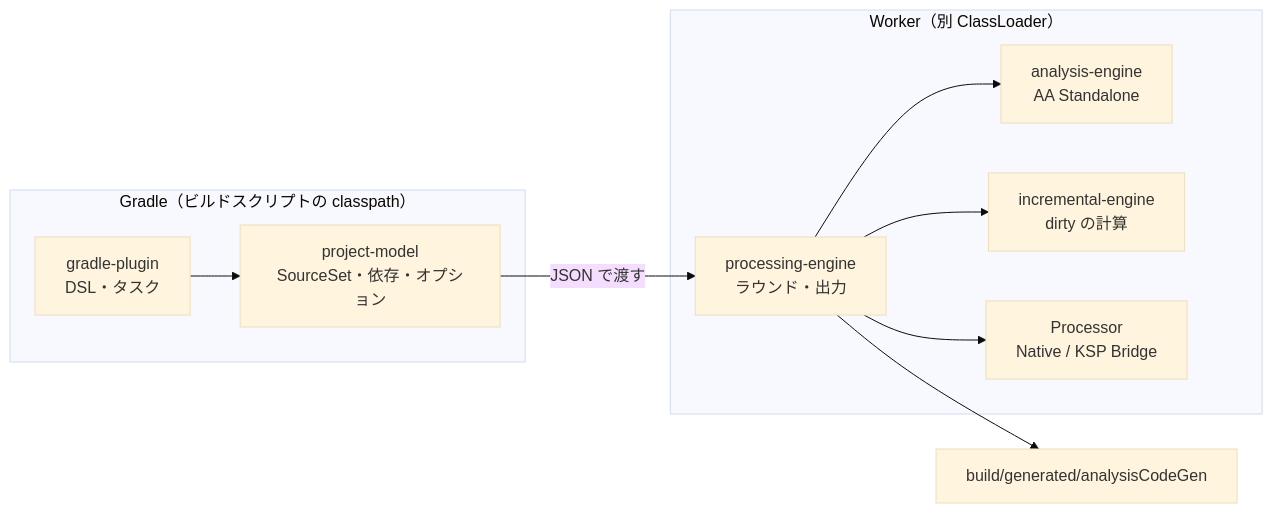
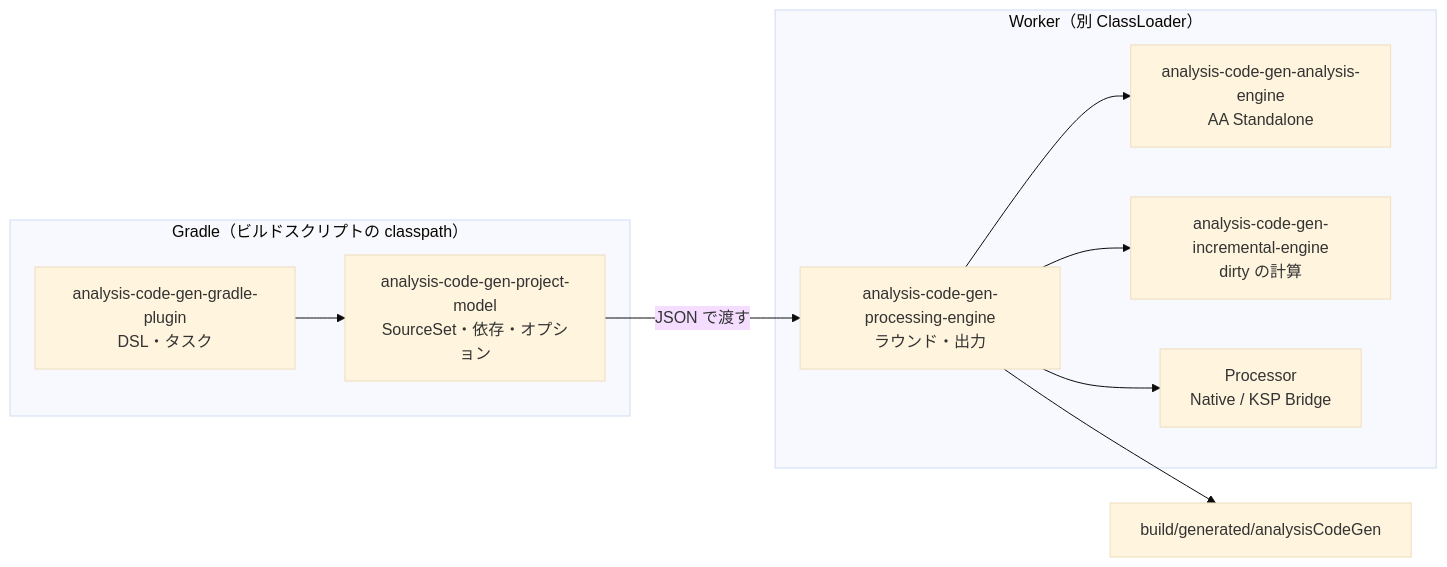
The diagram in docs/site/src/content/docs/internal/index.mdx (TBSten/analysis-code-gen), drawn with Mermaid (base theme) before and after one commit. The commit also changed other lines of this file and 169 other files, not shown here.

First line of the commit message:
chore: プロダクトモジュールを analysis-code-gen-xxx・group me.tbsten.analysis.code.gen に改名 [ACG-51]

````diff
--- a/docs/site/src/content/docs/internal/index.mdx
+++ b/docs/site/src/content/docs/internal/index.mdx
@@ -17,13 +17,13 @@
 ```mermaid
 flowchart LR
     subgraph G["Gradle（ビルドスクリプトの classpath）"]
-        GP["gradle-plugin<br/>DSL・タスク"] --> PM["project-model<br/>SourceSet・依存・オプション"]
+        GP["analysis-code-gen-gradle-plugin<br/>DSL・タスク"] --> PM["analysis-code-gen-project-model<br/>SourceSet・依存・オプション"]
     end
     subgraph W["Worker（別 ClassLoader）"]
-        PE["processing-engine<br/>ラウンド・出力"] --> AE["analysis-engine<br/>AA Standalone"]
-        PE --> IE["incremental-engine<br/>dirty の計算"]
+        PE["analysis-code-gen-processing-engine<br/>ラウンド・出力"] --> AE["analysis-code-gen-analysis-engine<br/>AA Standalone"]
+        PE --> IE["analysis-code-gen-incremental-engine<br/>dirty の計算"]
         PE --> P["Processor<br/>Native / KSP Bridge"]
     end
     PM -->|"JSON で渡す"| PE
     PE --> O["build/generated/analysisCodeGen"]
 ```
````
